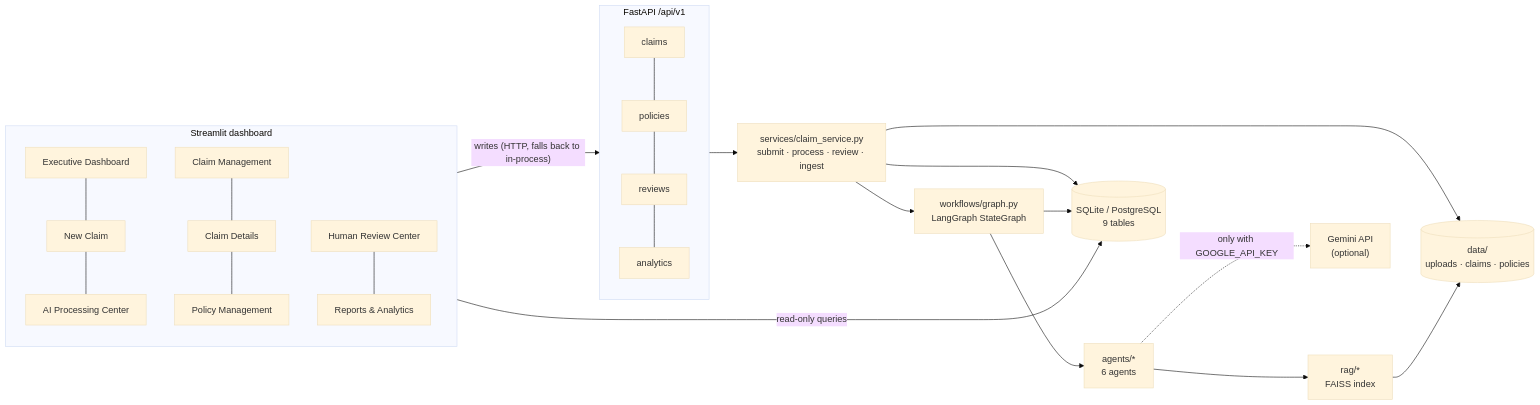
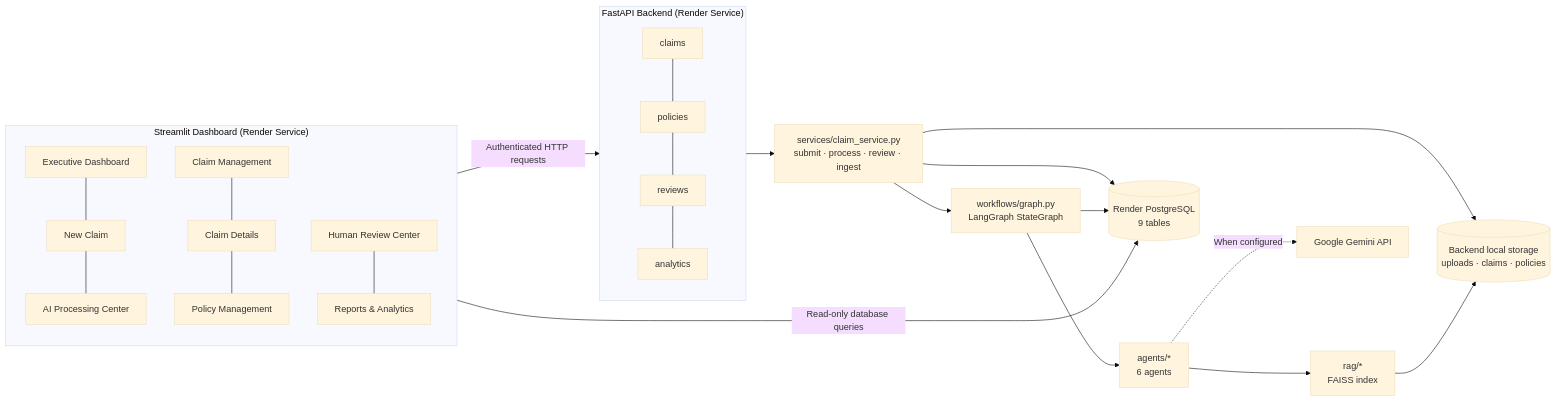
The first of 3 diagrams in README.md (danish-git-hub/InsureFlow-AI), drawn with Mermaid (base theme) before and after one commit. The commit also changed other lines of this file, not shown here.

Commit message:
improve README project overview and key features

````diff
--- a/README.md
+++ b/README.md
@@ -91,28 +155,30 @@
 ```mermaid
 flowchart LR
-    subgraph UI["Streamlit dashboard"]
+    subgraph UI["Streamlit Dashboard (Render Service)"]
         P1[Executive Dashboard] --- P2[New Claim] --- P3[AI Processing Center]
         P4[Claim Management] --- P5[Claim Details] --- P6[Policy Management]
         P7[Human Review Center] --- P8[Reports & Analytics]
     end
-    subgraph API["FastAPI /api/v1"]
+
+    subgraph API["FastAPI Backend (Render Service)"]
         R1[claims] --- R2[policies] --- R3[reviews] --- R4[analytics]
     end
+
     SVC["services/claim_service.py<br/>submit · process · review · ingest"]
     WF["workflows/graph.py<br/>LangGraph StateGraph"]
     AG["agents/*<br/>6 agents"]
     RAG["rag/*<br/>FAISS index"]
-    DB[("SQLite / PostgreSQL<br/>9 tables")]
-    FS[("data/<br/>uploads · claims · policies")]
-    LLM["Gemini API<br/>(optional)"]
+    DB[("Render PostgreSQL<br/>9 tables")]
+    FS[("Backend local storage<br/>uploads · claims · policies")]
+    LLM["Google Gemini API"]
 
-    UI -- "writes (HTTP, falls back to in-process)" --> API
-    UI -- "read-only queries" --> DB
+    UI -- "Authenticated HTTP requests" --> API
+    UI -- "Read-only database queries" --> DB
     API --> SVC --> WF --> AG
     AG --> RAG
-    AG -. "only with GOOGLE_API_KEY" .-> LLM
+    AG -. "When configured" .-> LLM
     SVC --> DB
     WF --> DB
     SVC --> FS
     RAG --> FS
 ```
````
